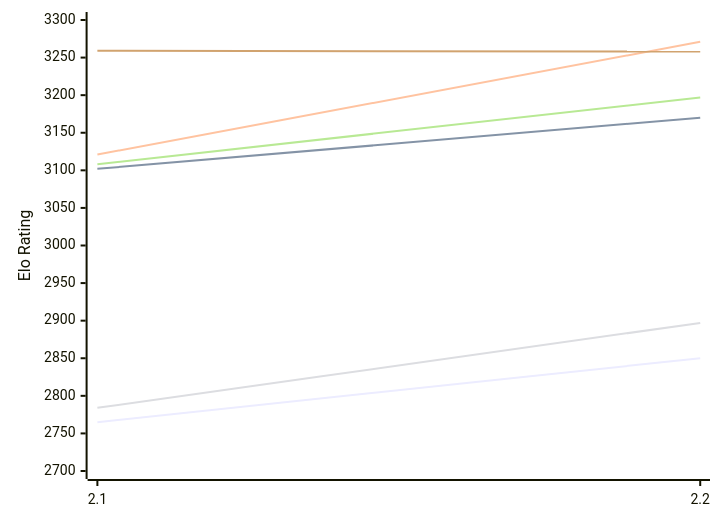
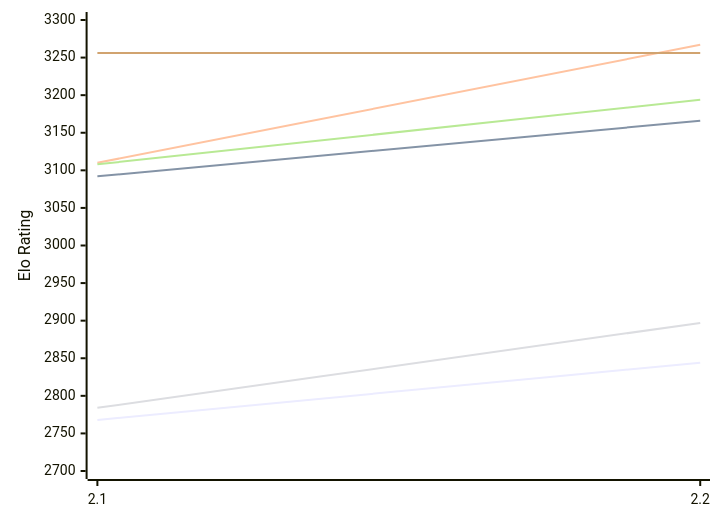
Before and after one commit to computer-chess-index/cci: the first of 2 diagrams in engines/Tunguska.md, drawn with Mermaid. The commit also changed other lines of this file, not shown here.

Commit message:
Update CCI Ratings (ELO VLTC) - 2026-11-26

````diff
--- a/engines/Tunguska.md
+++ b/engines/Tunguska.md
@@ -51,12 +51,12 @@
 ```mermaid
 %%{init: {"theme":"base","themeVariables":{"seriesColors:['#a3a3a3','#222221','#faa371']}}}%%
 xychart-beta
   x-axis ["2.1", "2.2"]
   y-axis "Elo Rating" 2700 --> 3300
-  line "E1: STC (8.0+0.08s)" [2765, 2850]
-  line "E1: LTC (60.0+0.60s)" [3102, 3170]
-  line "E1: VLTC (2m24s+1.12s)" [3121, 3271]
+  line "E1: STC (8.0+0.08s)" [2768, 2844]
+  line "E1: LTC (60.0+0.60s)" [3092, 3166]
+  line "E1: VLTC (2m24s+1.12s)" [3110, 3267]
   line "P1: STC (8.0+0.08s)" [2784, 2897]
-  line "P1: LTC (60.0+0.60s)" [3108, 3197]
-  line "P1: VLTC (2m24s+1.12s)" [3259, 3258]
+  line "P1: LTC (60.0+0.60s)" [3108, 3194]
+  line "P1: VLTC (2m24s+1.12s)" [3256, 3256]
 ```
````
